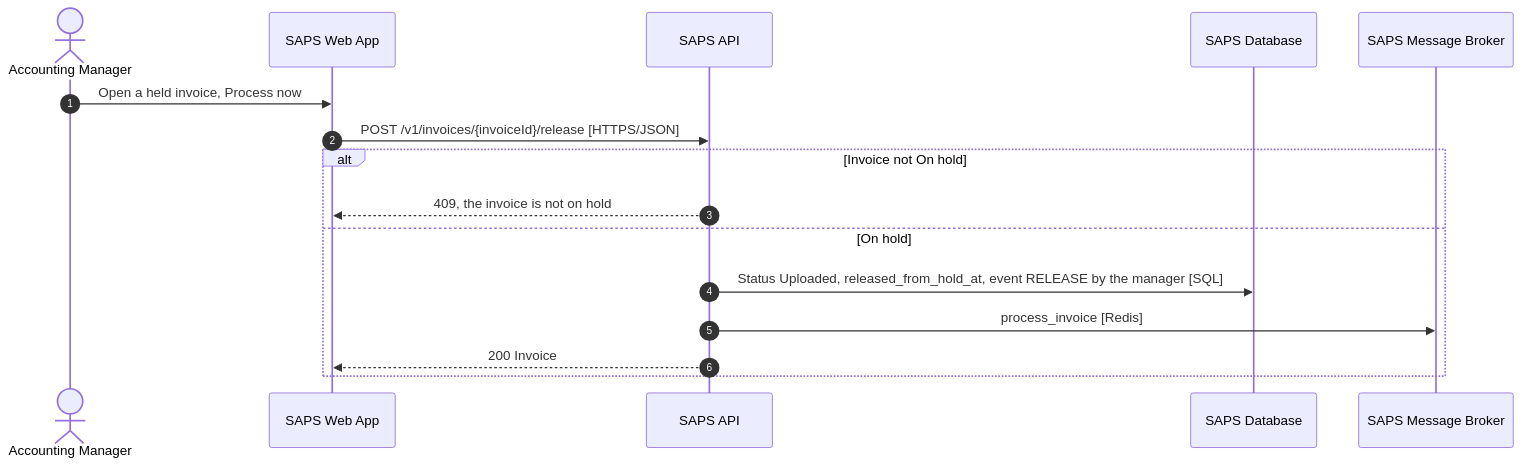
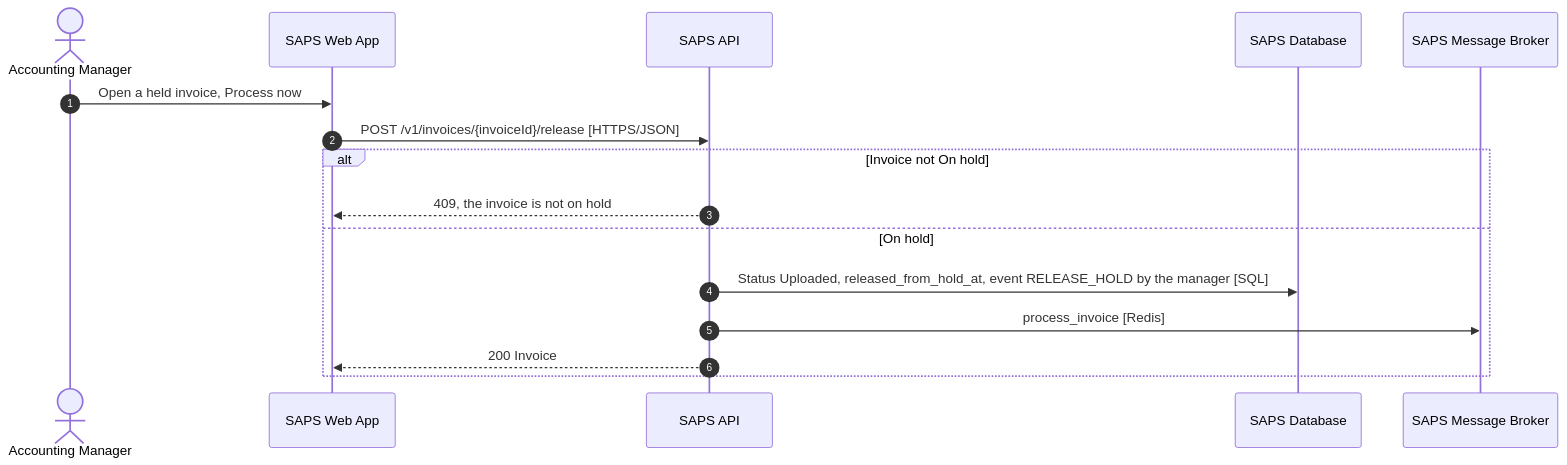
The second of 2 diagrams in docs/03-features/SAPS-52-processing-calendar.md (jiri-nguyen/SAPS), drawn with Mermaid before and after one commit. The commit also changed other lines of this file and 6 other files, not shown here.

````diff
--- a/docs/03-features/SAPS-52-processing-calendar.md
+++ b/docs/03-features/SAPS-52-processing-calendar.md
@@ -110,19 +110,19 @@
 ```mermaid
 sequenceDiagram
     autonumber
     actor Manager as Accounting Manager
     participant Web as SAPS Web App
     participant API as SAPS API
     participant DB as SAPS Database
     participant Broker as SAPS Message Broker
 
     Manager->>Web: Open a held invoice, Process now
     Web->>API: POST /v1/invoices/{invoiceId}/release [HTTPS/JSON]
     alt Invoice not On hold
         API-->>Web: 409, the invoice is not on hold
     else On hold
-        API->>DB: Status Uploaded, released_from_hold_at, event RELEASE by the manager [SQL]
+        API->>DB: Status Uploaded, released_from_hold_at, event RELEASE_HOLD by the manager [SQL]
         API->>Broker: process_invoice [Redis]
         API-->>Web: 200 Invoice
     end
 ```
````
